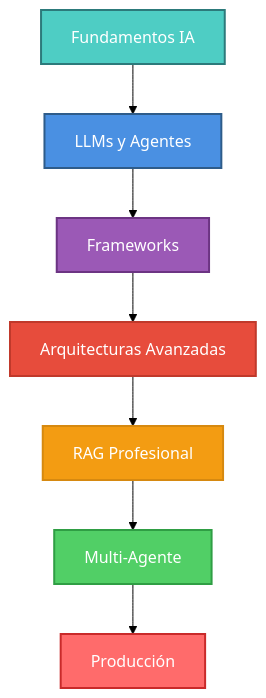
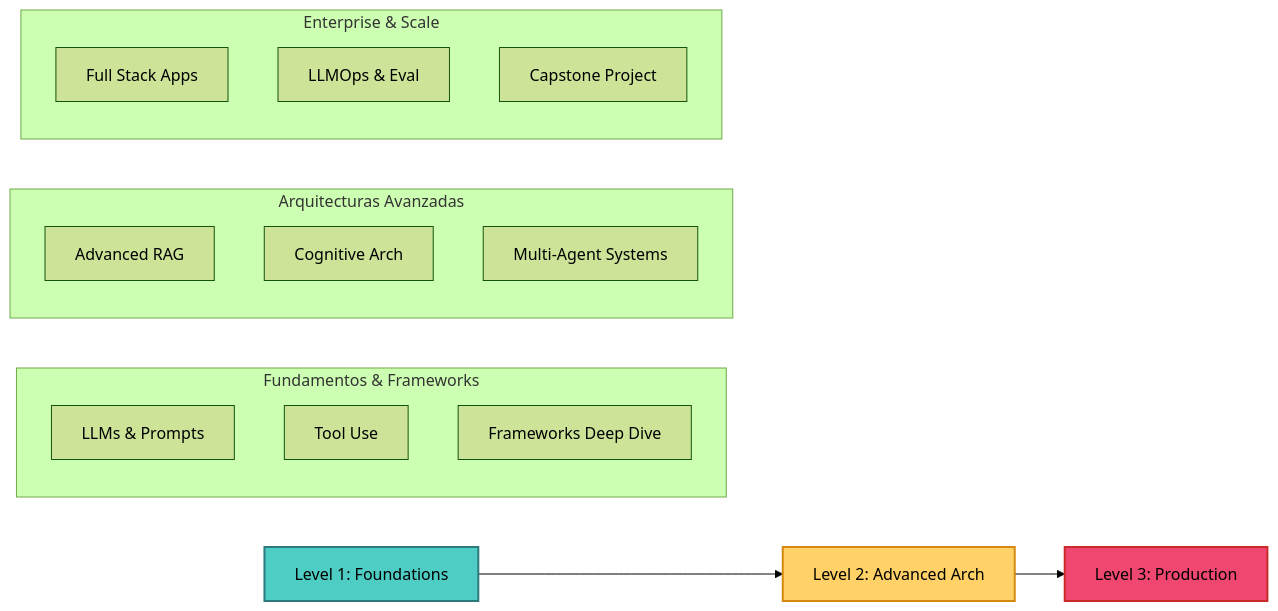
The diagram in README.md (RACPSC2025/Professional-AI-Agent-Developer-Course-v1.0), drawn with Mermaid (forest theme) before and after one commit. The commit also changed other lines of this file, not shown here.

````diff
--- a/README.md
+++ b/README.md
@@ -31,17 +41,27 @@
 ```mermaid
-graph TB
-    A[Fundamentos IA] --> B[LLMs y Agentes]
-    B --> C[Frameworks]
-    C --> D[Arquitecturas Avanzadas]
-    D --> E[RAG Profesional]
-    E --> F[Multi-Agente]
-    F --> G[Producción]
+graph LR
+    A[Level 1: Foundations] --> B[Level 2: Advanced Arch]
+    B --> C[Level 3: Production]
     
-    style A fill:#4ECDC4,color:#fff,stroke:#2C7A7B,stroke-width:2px
-    style B fill:#4A90E2,color:#fff,stroke:#2E5C8A,stroke-width:2px
-    style C fill:#9B59B6,color:#fff,stroke:#6C3483,stroke-width:2px
-    style D fill:#E74C3C,color:#fff,stroke:#C0392B,stroke-width:2px
-    style E fill:#F39C12,color:#fff,stroke:#D68910,stroke-width:2px
-    style F fill:#51CF66,color:#fff,stroke:#2F9E44,stroke-width:2px
-    style G fill:#FF6B6B,color:#fff,stroke:#C92A2A,stroke-width:2px
+    subgraph L1 [Fundamentos & Frameworks]
+    A1[LLMs & Prompts]
+    A2[Tool Use]
+    A3[Frameworks Deep Dive]
+    end
+    
+    subgraph L2 [Arquitecturas Avanzadas]
+    B1[Advanced RAG]
+    B2[Cognitive Arch]
+    B3[Multi-Agent Systems]
+    end
+    
+    subgraph L3 [Enterprise & Scale]
+    C1[Full Stack Apps]
+    C2[LLMOps & Eval]
+    C3[Capstone Project]
+    end
+    
+    style A fill:#4ECDC4,stroke:#2C7A7B,stroke-width:2px
+    style B fill:#FFD166,stroke:#D68910,stroke-width:2px
+    style C fill:#EF476F,stroke:#C92A2A,stroke-width:2px
 ```
````
